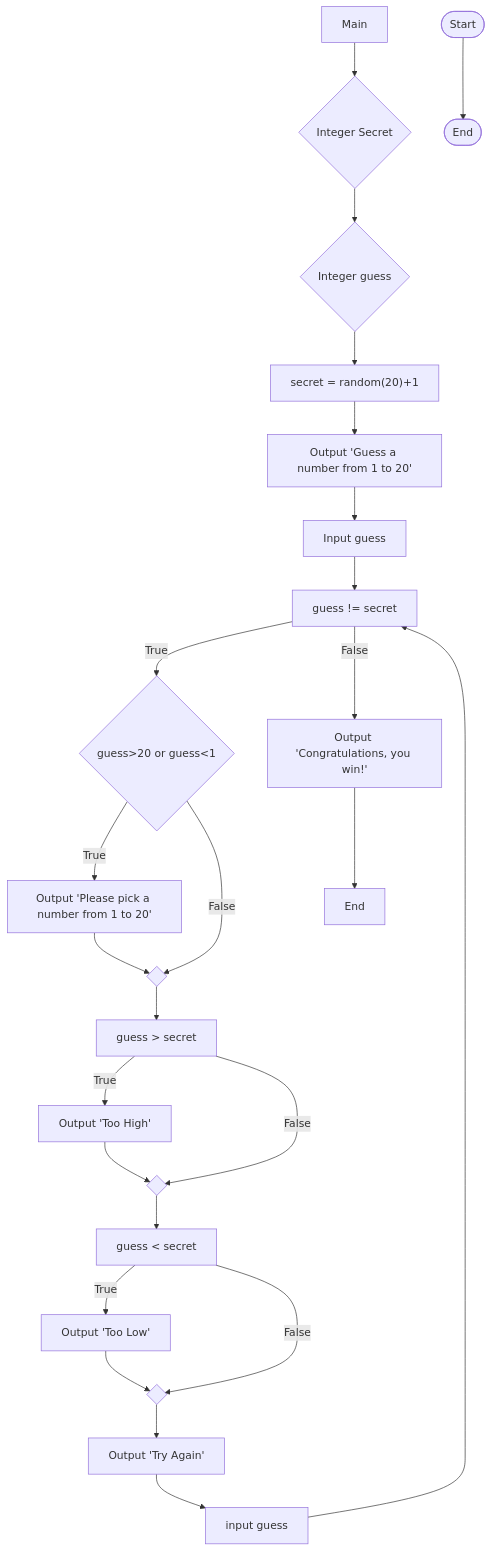
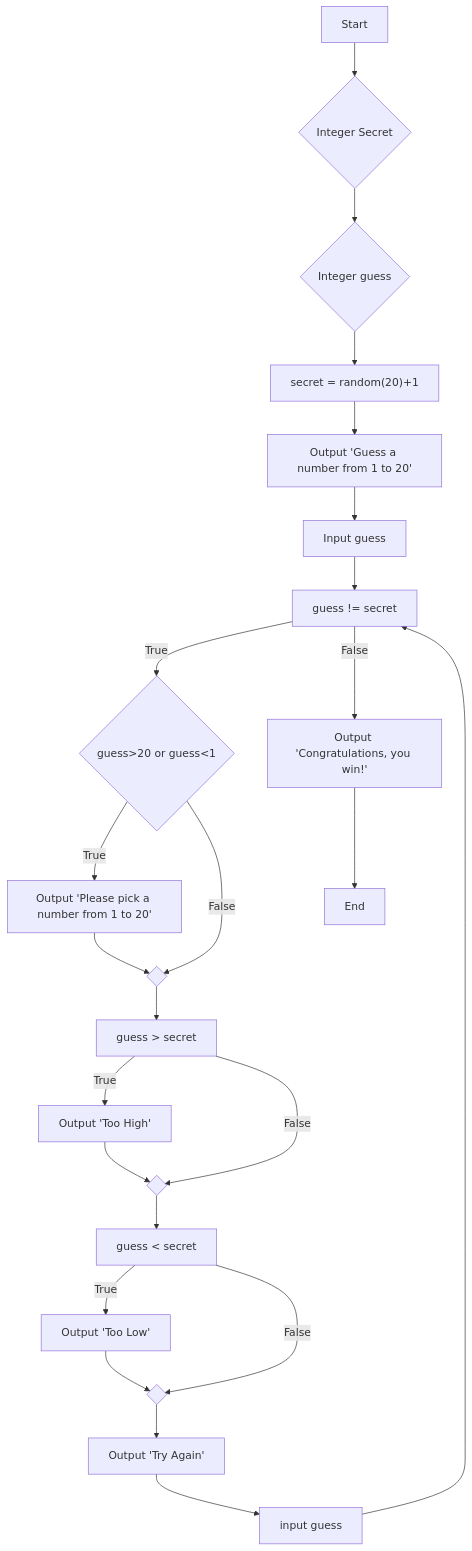
The diagram in Guessing.md (Zephyrrig/zephyrrig.github.io), drawn with Mermaid before and after one commit.

````diff
--- a/Guessing.md
+++ b/Guessing.md
@@ -1,28 +1,27 @@
 ```mermaid
 flowchart TD
-    A[Main] --> B{Integer Secret}
+    A[Start] --> B{Integer Secret}
     B --> C{Integer guess}
     C --> D["`secret = random(20)+1`"]
     D --> E["`Output 'Guess a number from 1 to 20'`"]
     E --> F[Input guess]
     F --> G[guess != secret]
     G --> |True| H{guess>20 or guess<1}
     H --> |True| I["`Output 'Please pick a number from 1 to 20'`"]
     I --> J{ }
     H --> |False| J
     J --> K[guess > secret]
     K --> |True| L[Output 'Too High']
     L --> M{ }
     K --> |False| M
     M --> N[guess < secret]
     N --> |True| O[Output 'Too Low']
     O --> P{ }
     N --> |False| P
     P --> Q[Output 'Try Again']
     Q --> R["input guess"]
     R --> G
     G --> |False| S[Output 'Congratulations, you win!']
     S --> T[End]
 	
-Start([Start]) --> End([End])
 ```
````
